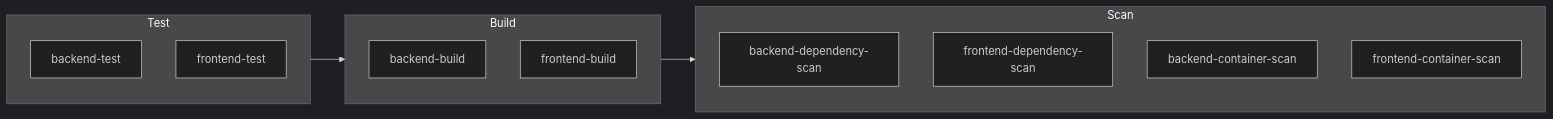
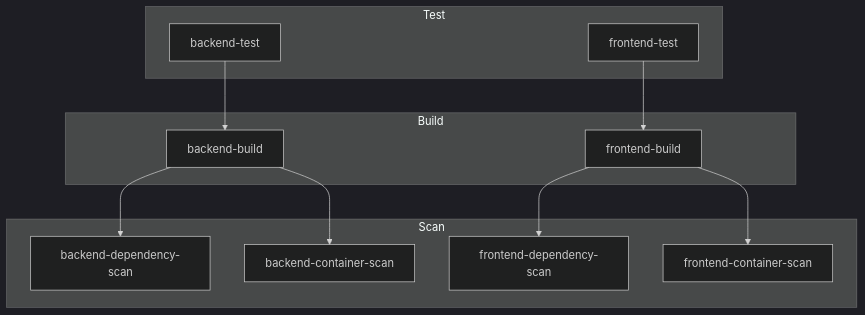
The third of 4 diagrams in README.md (gartmeier/notes), drawn with Mermaid (dark theme) before and after one commit. The commit also changed other lines of this file, not shown here.

Commit message:
Simplify architecture, fix CI/CD and secrets Mermaid diagrams

````diff
--- a/README.md
+++ b/README.md
@@ -80,18 +68,18 @@
 ```mermaid
-graph LR
+graph TD
     subgraph Test
-        BT[backend-test]
-        FT[frontend-test]
+        BT[backend-test] & FT[frontend-test]
     end
+
     subgraph Build
-        BB[backend-build]
-        FB[frontend-build]
+        BB[backend-build] & FB[frontend-build]
     end
+
     subgraph Scan
-        BDS[backend-dependency-scan]
-        FDS[frontend-dependency-scan]
-        BCS[backend-container-scan]
-        FCS[frontend-container-scan]
+        BDS[backend-dependency-scan] & FDS[frontend-dependency-scan]
+        BCS[backend-container-scan] & FCS[frontend-container-scan]
     end
-    Test --> Build --> Scan
+
+    BT --> BB --> BDS & BCS
+    FT --> FB --> FDS & FCS
 ```
````
